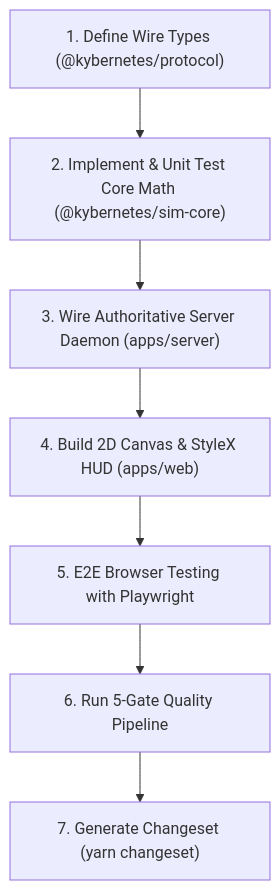
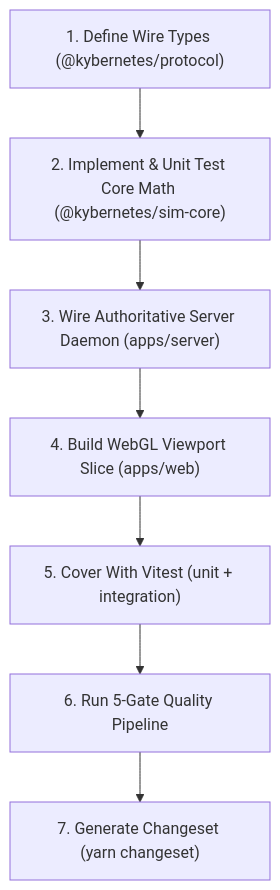
One commit to Rouby/kybernetes changed the diagram in AGENTS.md. Above: the diagram before and after it, drawn with Mermaid. The commit also changed other lines of this file and 6 other files, not shown here.

Commit message:
test: e2e out of agent gates, viewport mapping under vitest

````diff
--- a/AGENTS.md
+++ b/AGENTS.md
@@ -27,9 +27,9 @@
 ```mermaid
 graph TD
     A["1. Define Wire Types (@kybernetes/protocol)"] --> B["2. Implement & Unit Test Core Math (@kybernetes/sim-core)"]
     B --> C["3. Wire Authoritative Server Daemon (apps/server)"]
-    C --> D["4. Build 2D Canvas & StyleX HUD (apps/web)"]
-    D --> E["5. E2E Browser Testing with Playwright"]
+    C --> D["4. Build WebGL Viewport Slice (apps/web)"]
+    D --> E["5. Cover With Vitest (unit + integration)"]
     E --> F["6. Run 5-Gate Quality Pipeline"]
     F --> G["7. Generate Changeset (yarn changeset)"]
 ```
````
